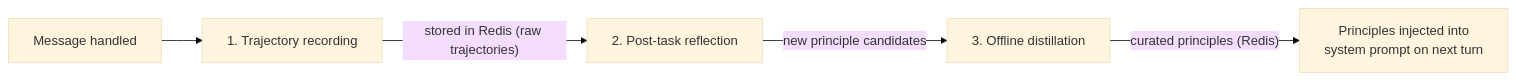
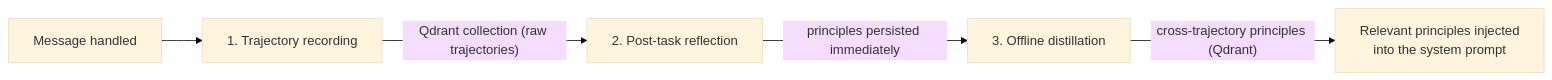
Before and after one commit to gianlucamazza/orka: the diagram in docs/guides/experience-system.md, drawn with Mermaid (base theme). The commit also changed other lines of this file and 12 other files, not shown here.

````diff
--- a/docs/guides/experience-system.md
+++ b/docs/guides/experience-system.md
@@ -6,13 +9,13 @@
 ```mermaid
 flowchart LR
     Msg["Message handled"]
     T["1. Trajectory recording"]
     R["2. Post-task reflection"]
     D["3. Offline distillation"]
-    Inject["Principles injected into<br/>system prompt on next turn"]
+    Inject["Relevant principles injected<br/>into the system prompt"]
 
     Msg --> T
-    T -->|"stored in Redis (raw trajectories)"| R
-    R -->|"new principle candidates"| D
-    D -->|"curated principles (Redis)"| Inject
+    T -->|"Qdrant collection (raw trajectories)"| R
+    R -->|"principles persisted immediately"| D
+    D -->|"cross-trajectory principles (Qdrant)"| Inject
 ```
````
